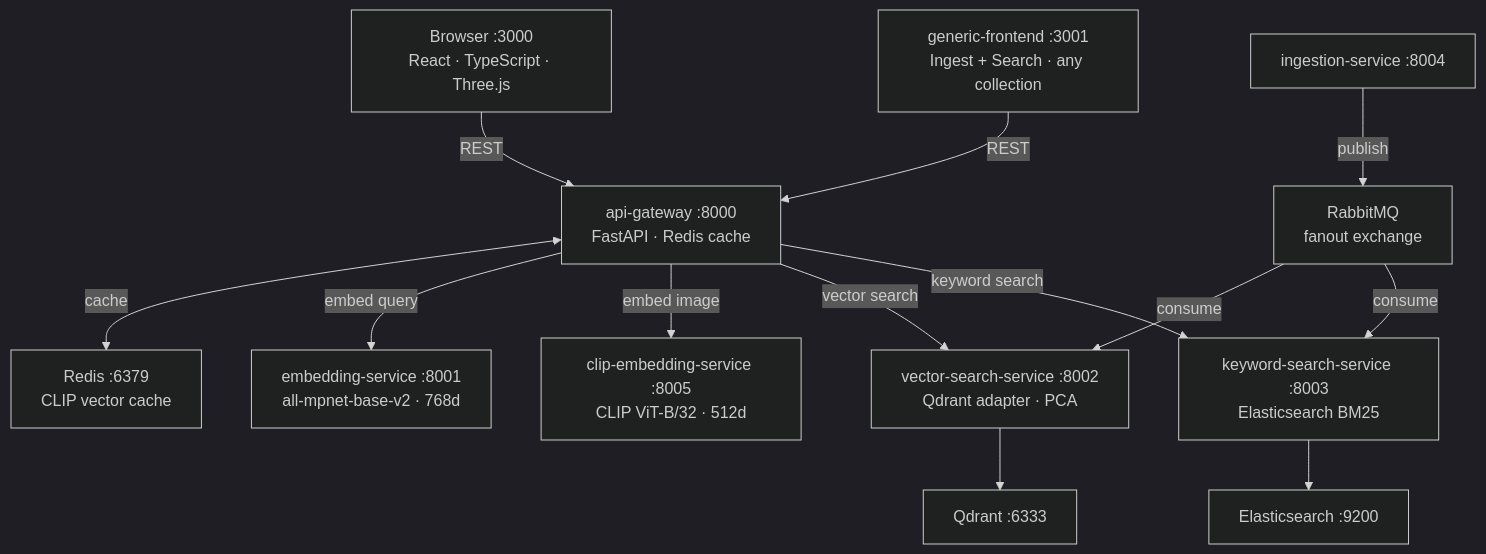
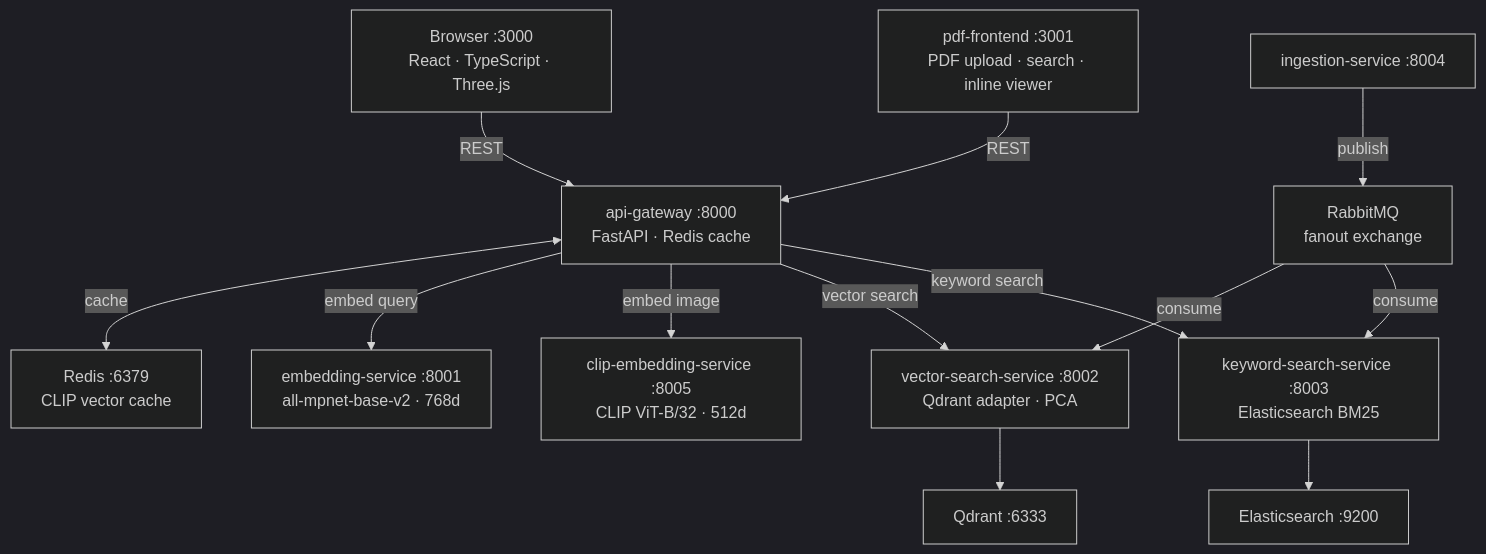
The diagram in README.md (orhangezginci/searchstack), drawn with Mermaid (dark theme) before and after one commit. The commit also changed other lines of this file and 17 other files, not shown here.

First line of the commit message:
Add pdf-ingestion-service, rename generic-frontend to pdf-frontend, update tutorial

````diff
--- a/README.md
+++ b/README.md
@@ -198,28 +198,28 @@
 ```mermaid
 flowchart TD
     Browser["Browser :3000\nReact · TypeScript · Three.js"]
-    GenericUI["generic-frontend :3001\nIngest + Search · any collection"]
+    GenericUI["pdf-frontend :3001\nPDF upload · search · inline viewer"]
     Gateway["api-gateway :8000\nFastAPI · Redis cache"]
     Redis["Redis :6379\nCLIP vector cache"]
     Embed["embedding-service :8001\nall-mpnet-base-v2 · 768d"]
     Vector["vector-search-service :8002\nQdrant adapter · PCA"]
     Keyword["keyword-search-service :8003\nElasticsearch BM25"]
     Ingest["ingestion-service :8004"]
     CLIP["clip-embedding-service :8005\nCLIP ViT-B/32 · 512d"]
     MQ["RabbitMQ\nfanout exchange"]
     Qdrant["Qdrant :6333"]
     ES["Elasticsearch :9200"]
 
     Browser -->|REST| Gateway
     GenericUI -->|REST| Gateway
     Gateway <-->|cache| Redis
     Gateway -->|embed query| Embed
     Gateway -->|embed image| CLIP
     Gateway -->|vector search| Vector
     Gateway -->|keyword search| Keyword
     Ingest -->|publish| MQ
     MQ -->|consume| Vector
     MQ -->|consume| Keyword
     Vector --> Qdrant
     Keyword --> ES
 ```
````
